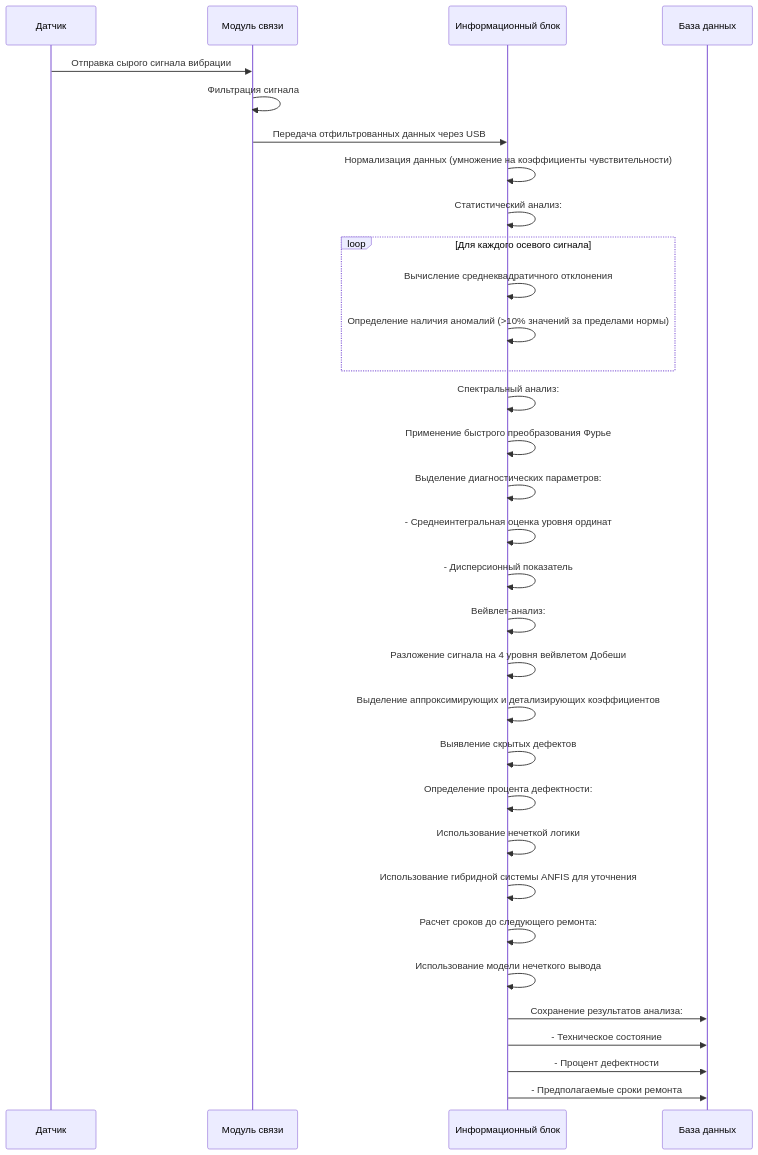
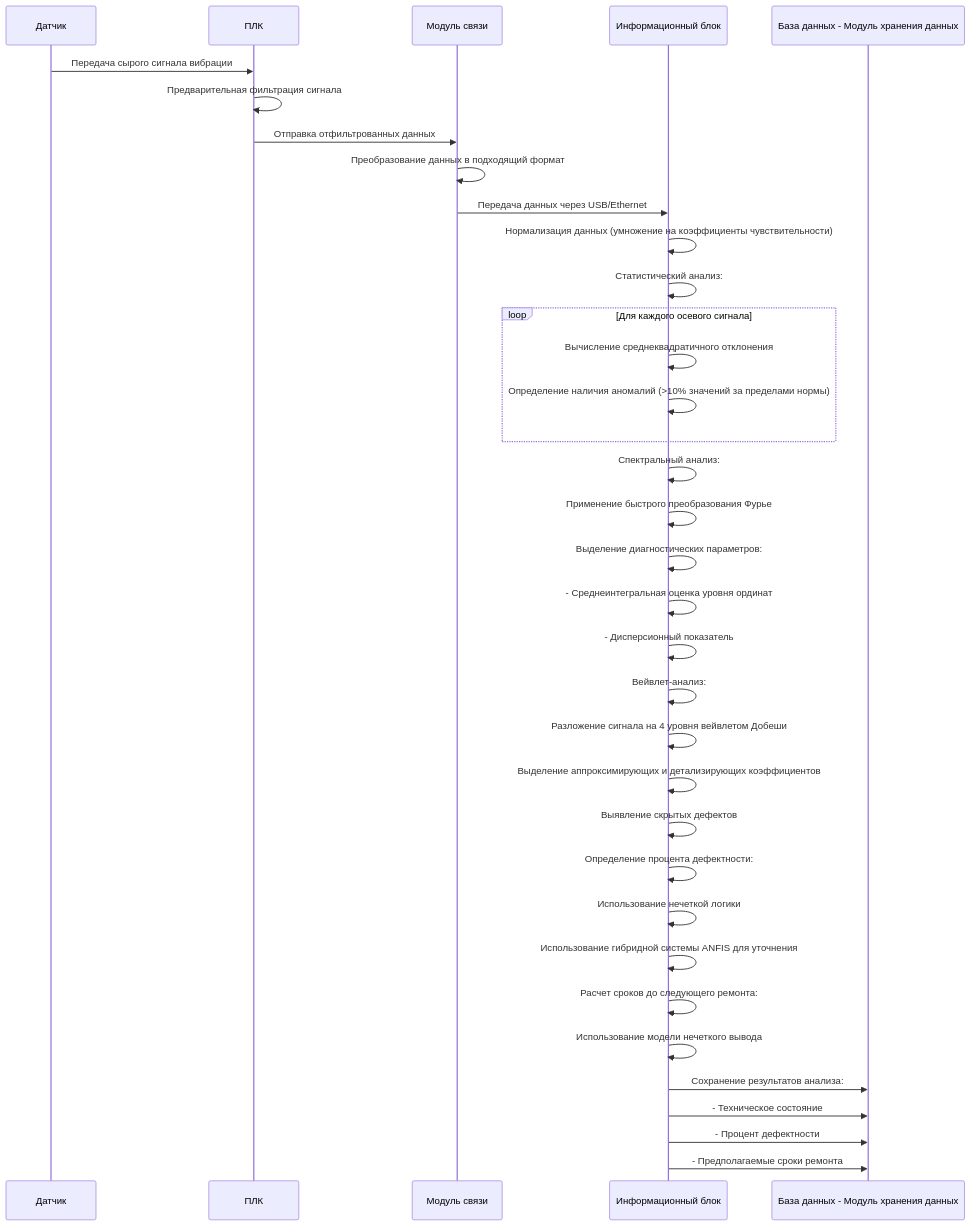
One commit to zonkytm/diploma-architecture changed the diagram in SequenceDiagrams/System.md. Above: the diagram before and after it, drawn with Mermaid. The commit also changed 8 other files, not shown here.

````diff
--- a/SequenceDiagrams/System.md
+++ b/SequenceDiagrams/System.md
@@ -2,40 +2,43 @@
 ```mermaid
 sequenceDiagram
     participant Sensor as Датчик
+    participant PLC as ПЛК
     participant Module as Модуль связи
     participant InfoBlock as Информационный блок
-    participant DB as База данных
+    participant DB as База данных - Модуль хранения данных
     
-    Sensor->>Module: Отправка сырого сигнала вибрации
-    Module->>Module: Фильтрация сигнала
-    Module->>InfoBlock: Передача отфильтрованных данных через USB
+    Sensor->>PLC: Передача сырого сигнала вибрации
+    PLC->>PLC: Предварительная фильтрация сигнала
+    PLC->>Module: Отправка отфильтрованных данных
+    Module->>Module: Преобразование данных в подходящий формат
+    Module->>InfoBlock: Передача данных через USB/Ethernet
     InfoBlock->>InfoBlock: Нормализация данных (умножение на коэффициенты чувствительности)
     
     InfoBlock->>InfoBlock: Статистический анализ:
     loop Для каждого осевого сигнала
         InfoBlock->>InfoBlock: Вычисление среднеквадратичного отклонения
         InfoBlock->>InfoBlock: Определение наличия аномалий (>10% значений за пределами нормы)
     end
     
     InfoBlock->>InfoBlock: Спектральный анализ:
     InfoBlock->>InfoBlock: Применение быстрого преобразования Фурье
     InfoBlock->>InfoBlock: Выделение диагностических параметров:
     InfoBlock->>InfoBlock: - Среднеинтегральная оценка уровня ординат
     InfoBlock->>InfoBlock: - Дисперсионный показатель
     
     InfoBlock->>InfoBlock: Вейвлет-анализ:
     InfoBlock->>InfoBlock: Разложение сигнала на 4 уровня вейвлетом Добеши
     InfoBlock->>InfoBlock: Выделение аппроксимирующих и детализирующих коэффициентов
     InfoBlock->>InfoBlock: Выявление скрытых дефектов
     
     InfoBlock->>InfoBlock: Определение процента дефектности:
     InfoBlock->>InfoBlock: Использование нечеткой логики
     InfoBlock->>InfoBlock: Использование гибридной системы ANFIS для уточнения
     
     InfoBlock->>InfoBlock: Расчет сроков до следующего ремонта:
     InfoBlock->>InfoBlock: Использование модели нечеткого вывода
     InfoBlock->>DB: Сохранение результатов анализа:
     InfoBlock->>DB: - Техническое состояние
     InfoBlock->>DB: - Процент дефектности
     InfoBlock->>DB: - Предполагаемые сроки ремонта
 ```
````
